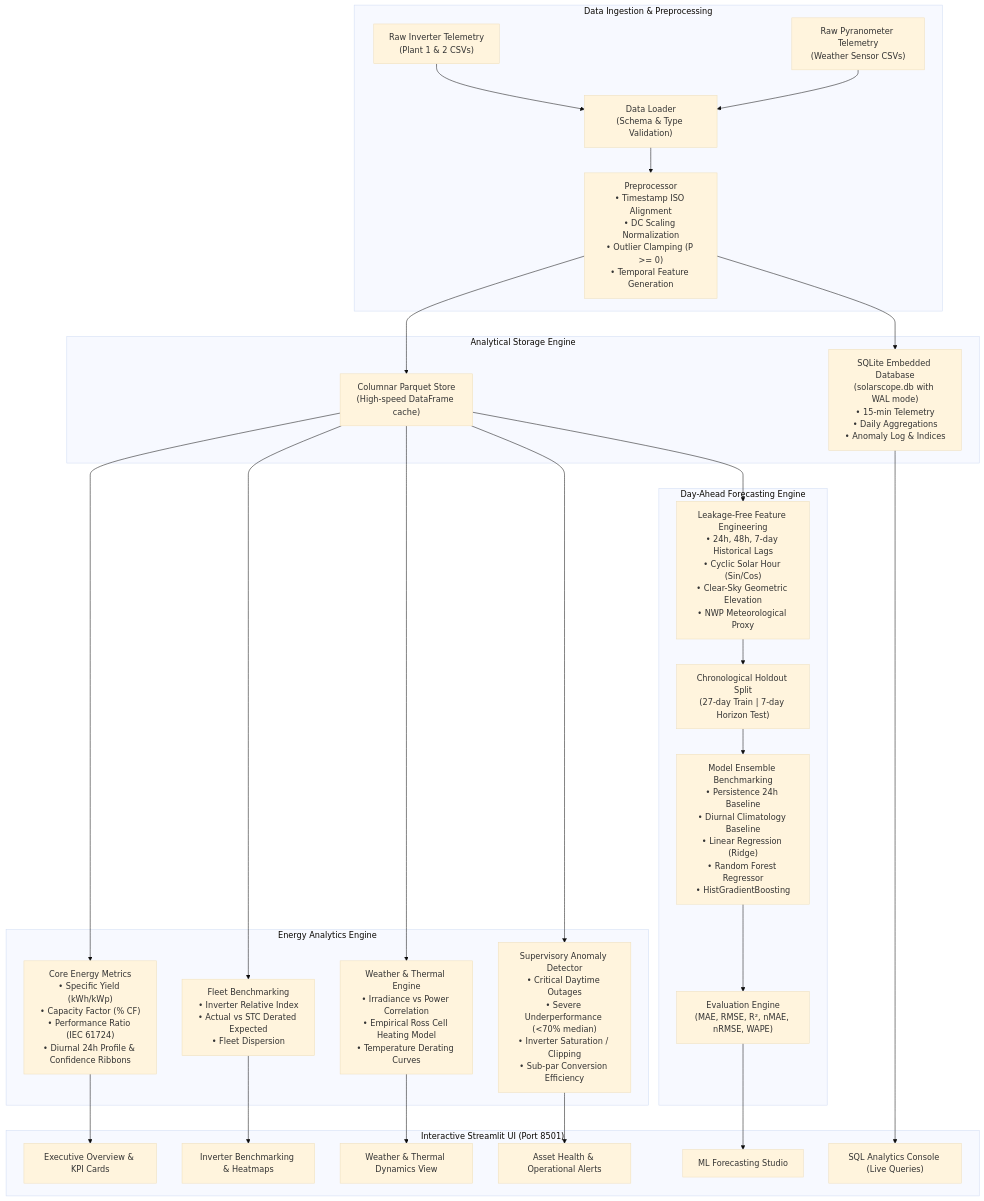
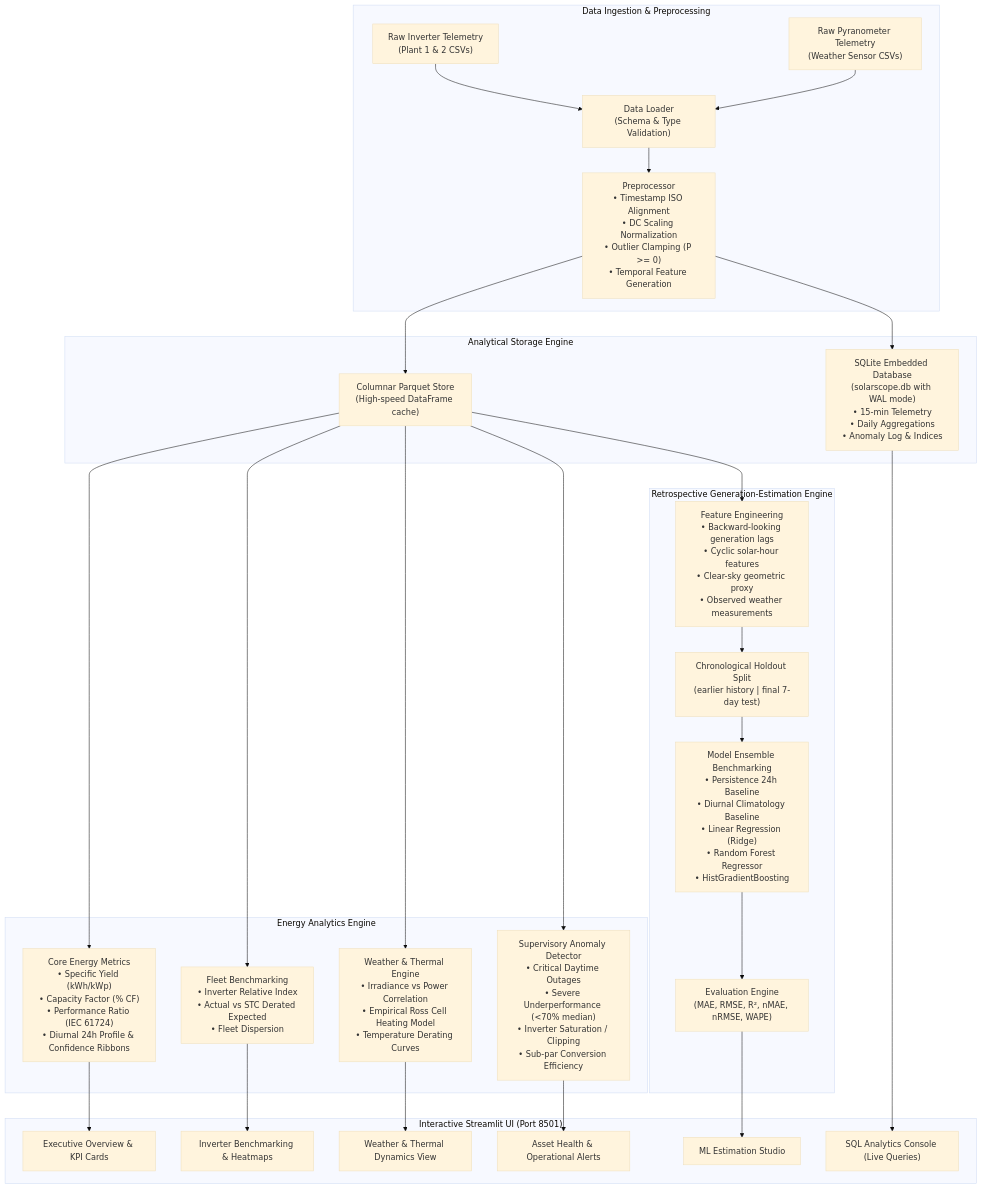
Before and after one commit to Vardhan32/solarscope-energy-analytics: the diagram in README.md, drawn with Mermaid (base theme). The commit also changed other lines of this file, not shown here.

Commit message:
Correct solar ML claims to describe retrospective evaluation

````diff
--- a/README.md
+++ b/README.md
@@ -53,36 +53,36 @@
 ```mermaid
 flowchart TD
     subgraph Data_Ingestion["Data Ingestion & Preprocessing"]
         RAW_GEN["Raw Inverter Telemetry\n(Plant 1 & 2 CSVs)"] --> LOADER["Data Loader\n(Schema & Type Validation)"]
         RAW_WTR["Raw Pyranometer Telemetry\n(Weather Sensor CSVs)"] --> LOADER
         LOADER --> PREPROC["Preprocessor\n• Timestamp ISO Alignment\n• DC Scaling Normalization\n• Outlier Clamping (P >= 0)\n• Temporal Feature Generation"]
     end
 
     subgraph Data_Storage["Analytical Storage Engine"]
         PREPROC --> PARQUET["Columnar Parquet Store\n(High-speed DataFrame cache)"]
         PREPROC --> SQLITE["SQLite Embedded Database\n(solarscope.db with WAL mode)\n• 15-min Telemetry\n• Daily Aggregations\n• Anomaly Log & Indices"]
     end
 
     subgraph Analytics_Layer["Energy Analytics Engine"]
         PARQUET --> METRICS["Core Energy Metrics\n• Specific Yield (kWh/kWp)\n• Capacity Factor (% CF)\n• Performance Ratio (IEC 61724)\n• Diurnal 24h Profile & Confidence Ribbons"]
         PARQUET --> BENCH["Fleet Benchmarking\n• Inverter Relative Index\n• Actual vs STC Derated Expected\n• Fleet Dispersion"]
         PARQUET --> WEATHER["Weather & Thermal Engine\n• Irradiance vs Power Correlation\n• Empirical Ross Cell Heating Model\n• Temperature Derating Curves"]
         PARQUET --> ANOMALY["Supervisory Anomaly Detector\n• Critical Daytime Outages\n• Severe Underperformance (<70% median)\n• Inverter Saturation / Clipping\n• Sub-par Conversion Efficiency"]
     end
 
-    subgraph ML_Forecasting["Day-Ahead Forecasting Engine"]
-        PARQUET --> FEAT_ENG["Leakage-Free Feature Engineering\n• 24h, 48h, 7-day Historical Lags\n• Cyclic Solar Hour (Sin/Cos)\n• Clear-Sky Geometric Elevation\n• NWP Meteorological Proxy"]
-        FEAT_ENG --> SPLIT["Chronological Holdout Split\n(27-day Train | 7-day Horizon Test)"]
+    subgraph ML_Forecasting["Retrospective Generation-Estimation Engine"]
+        PARQUET --> FEAT_ENG["Feature Engineering\n• Backward-looking generation lags\n• Cyclic solar-hour features\n• Clear-sky geometric proxy\n• Observed weather measurements"]
+        FEAT_ENG --> SPLIT["Chronological Holdout Split\n(earlier history | final 7-day test)"]
         SPLIT --> MODELS["Model Ensemble Benchmarking\n• Persistence 24h Baseline\n• Diurnal Climatology Baseline\n• Linear Regression (Ridge)\n• Random Forest Regressor\n• HistGradientBoosting"]
         MODELS --> EVAL["Evaluation Engine\n(MAE, RMSE, R², nMAE, nRMSE, WAPE)"]
     end
 
     subgraph Presentation_Layer["Interactive Streamlit UI (Port 8501)"]
         METRICS --> UI_DASH["Executive Overview & KPI Cards"]
         BENCH --> UI_BENCH["Inverter Benchmarking & Heatmaps"]
         WEATHER --> UI_WTR["Weather & Thermal Dynamics View"]
         ANOMALY --> UI_ANOM["Asset Health & Operational Alerts"]
-        EVAL --> UI_FC["ML Forecasting Studio"]
+        EVAL --> UI_FC["ML Estimation Studio"]
         SQLITE --> UI_SQL["SQL Analytics Console (Live Queries)"]
     end
 ```
````
